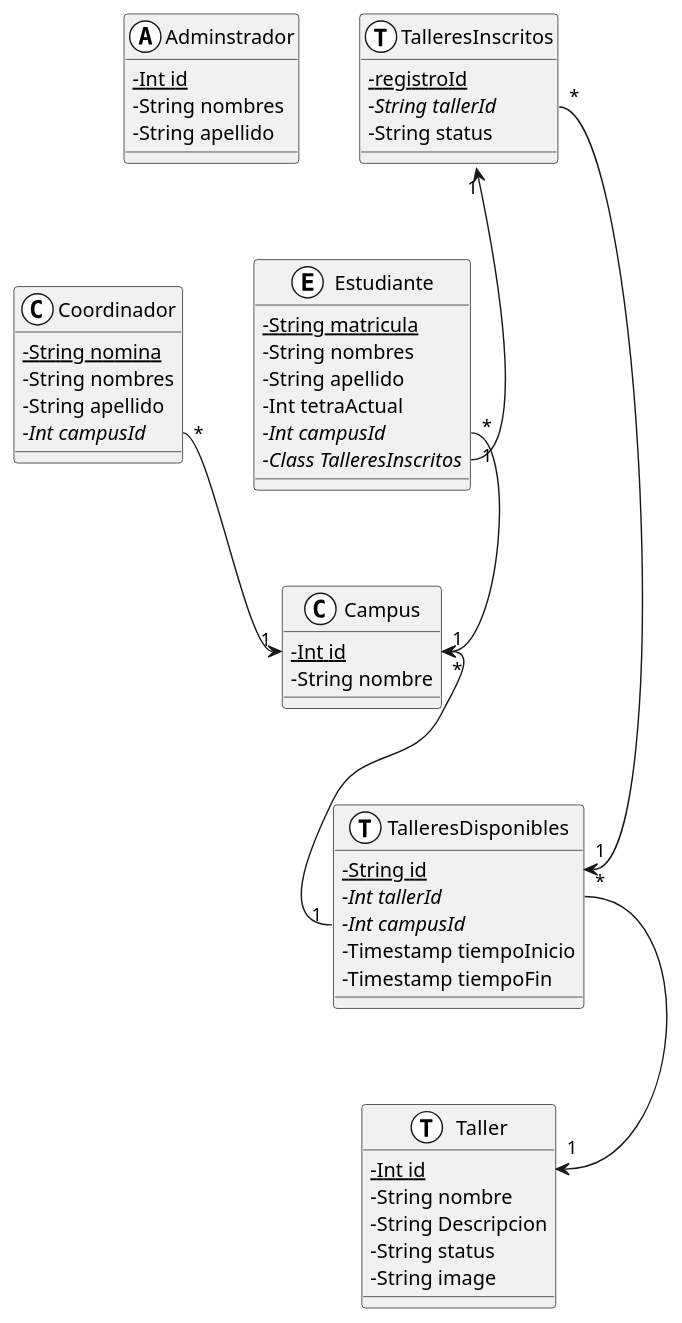
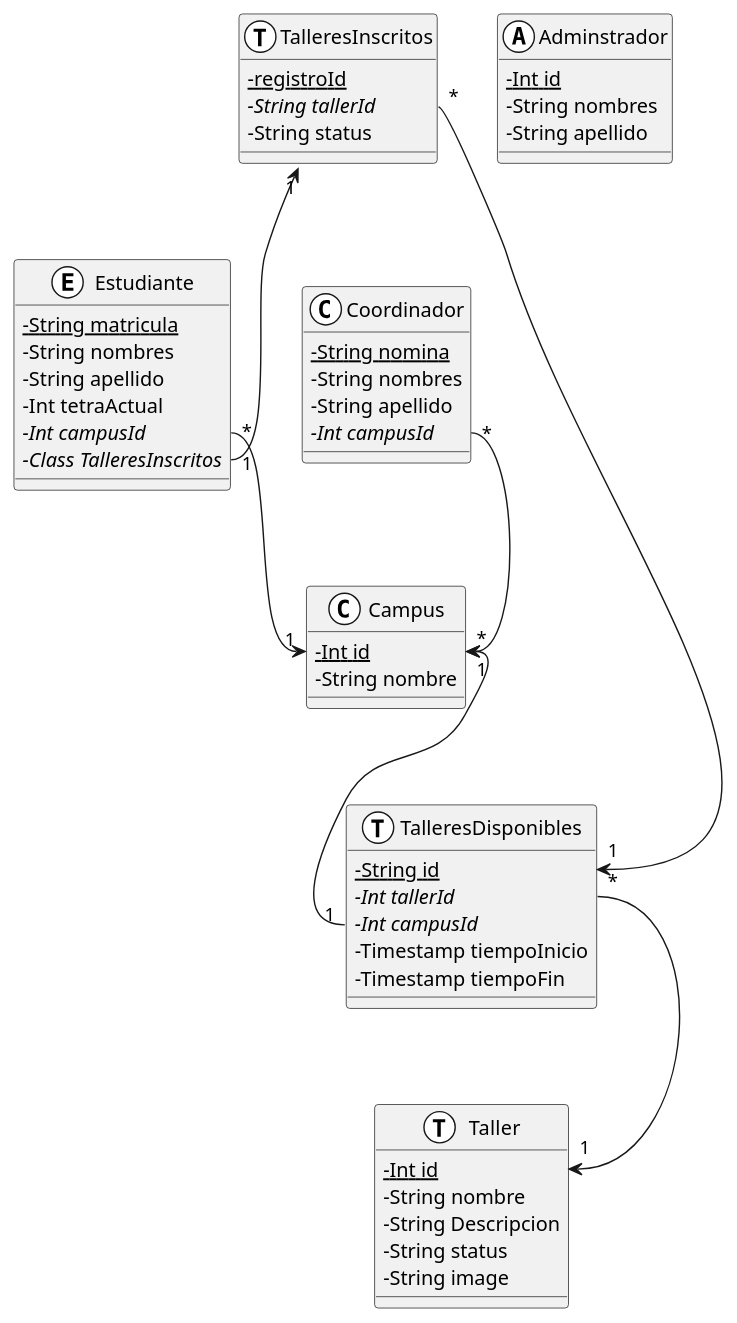
The diagram in Reto/Base de datos.md (facund015/codeRelatedObsidianNotes), drawn with PlantUML before and after one commit. The commit also changed other lines of this file and 1 other file, not shown here.

````diff
--- a/Reto/Base de datos.md
+++ b/Reto/Base de datos.md
@@ -2,64 +2,64 @@
 ```plantuml
 @startuml
 skinparam classAttributeIconSize 0
 
+class Campus <<(C,white)>> {
+	{static} -Int id
+	-String nombre
+}
 class Adminstrador <<(A,white)>> {
 	{static} -Int id
 	-String nombres
 	-String apellido
 }
 class Coordinador <<(C,white)>> {
 	{static} -String nomina
 	-String nombres
 	-String apellido
 	{abstract} -Int campusId
 }
 class Estudiante <<(E,white)>> {
 	{static} - String matricula
 	-String nombres
 	-String apellido
 	-Int tetraActual
 	{abstract} -Int campusId
 	{abstract} -Class TalleresInscritos
 }
-
-class Campus <<(C,white)>> {
-	{static} -Int id
-	-String nombre
+class Taller <<(T,white)>> {
+    {static} -Int id 
+    - String nombre
+	- String Descripcion
+    - String status
+    - String image
 }
-
+class TalleresDisponibles <<(T, white)>> {
+	{static} -String id
+	{abstract} -Int tallerId
+	{abstract} -Int campusId
+	-Timestamp tiempoInicio
+	-Timestamp tiempoFin
+}
 class TalleresInscritos <<(T,white)>> {
 	{static} -registroId 
 	{abstract} -String tallerId
 	-String status
 }
 
 
-class Taller <<(T,white)>> {
-    {static} -Int id 
-    - String nombre
-	- String Descripcion
-    - String status
-    - String image
-}
 
-class TalleresDisponibles <<(T, white)>> {
-	{static} -String id
-	{abstract} -Int tallerId
-	{abstract} -Int campusId
-	-Timestamp tiempoInicio
-	-Timestamp tiempoFin
-}
+
+
 
 
 
 
 TalleresInscritos "1" <-- "1" Estudiante::TalleresInscritos
 TalleresInscritos::tallerId "*" --> "1" TalleresDisponibles::id
 TalleresDisponibles::tallerId "*" --> "1" Taller::id
 Campus::id "*" <-- "1" TalleresDisponibles::campusId
 Estudiante::campusId "*" --> "1" Campus::id
 Coordinador::campusId "*" --> "1" Campus::id 
 
 @enduml
 ```
````
